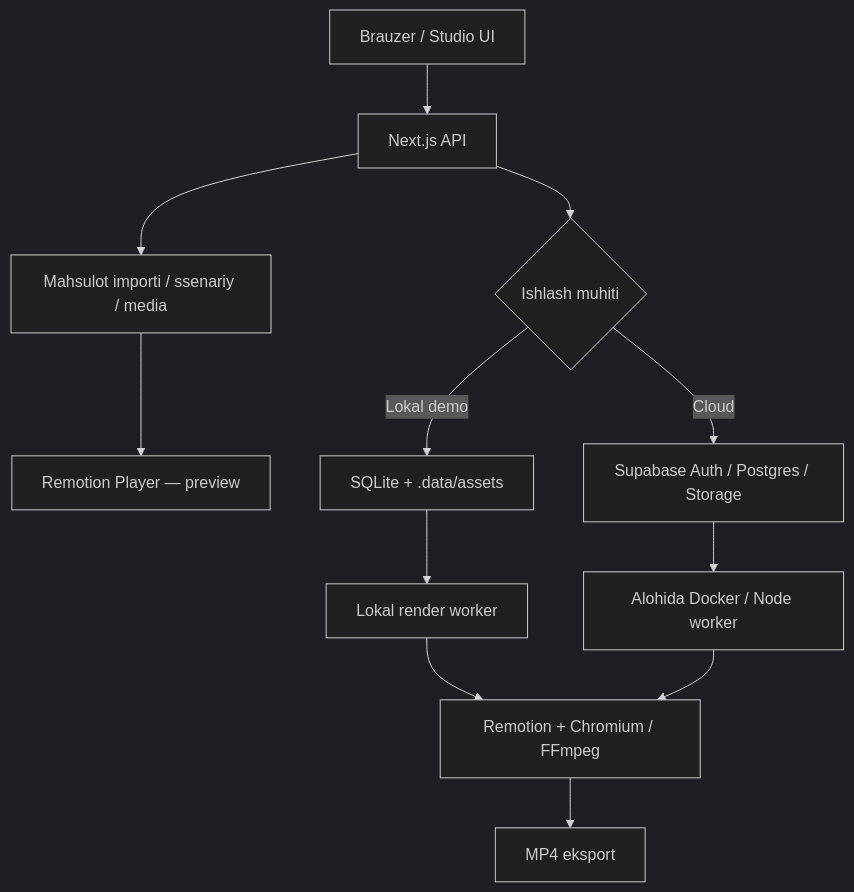
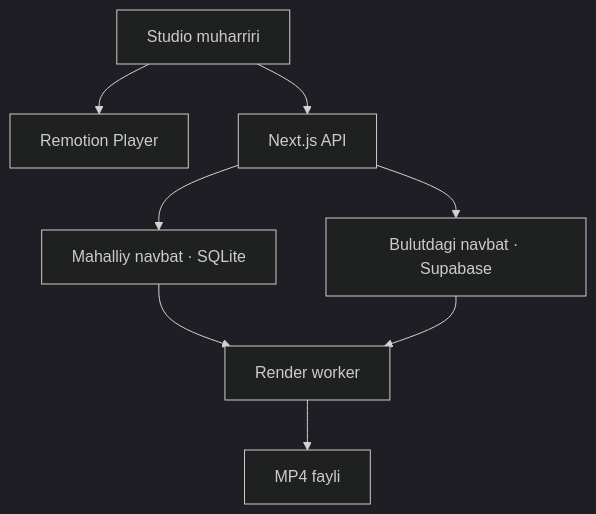
One commit to ShoxruxErkinov/adclone-studio changed the diagram in README.md. Above: the diagram before and after it, drawn with Mermaid (dark theme). The commit also changed other lines of this file and 4 other files, not shown here.

````diff
--- a/README.md
+++ b/README.md
@@ -196,14 +59,10 @@
-~~~mermaid
+```mermaid
 flowchart TD
-    A["Brauzer / Studio UI"] --> B["Next.js API"]
-    B --> C["Mahsulot importi / ssenariy / media"]
-    C --> D["Remotion Player — preview"]
-    B --> E{"Ishlash muhiti"}
-    E -->|Lokal demo| F["SQLite + .data/assets"]
-    E -->|Cloud| G["Supabase Auth / Postgres / Storage"]
-    F --> H["Lokal render worker"]
-    G --> I["Alohida Docker / Node worker"]
-    H --> J["Remotion + Chromium / FFmpeg"]
-    I --> J
-    J --> K["MP4 eksport"]
-~~~
+    Studio["Studio muharriri"] --> Player["Remotion Player"]
+    Studio --> API["Next.js API"]
+    API --> Local["Mahalliy navbat · SQLite"]
+    API --> Cloud["Bulutdagi navbat · Supabase"]
+    Local --> Worker["Render worker"]
+    Cloud --> Worker
+    Worker --> MP4["MP4 fayli"]
+```
````
